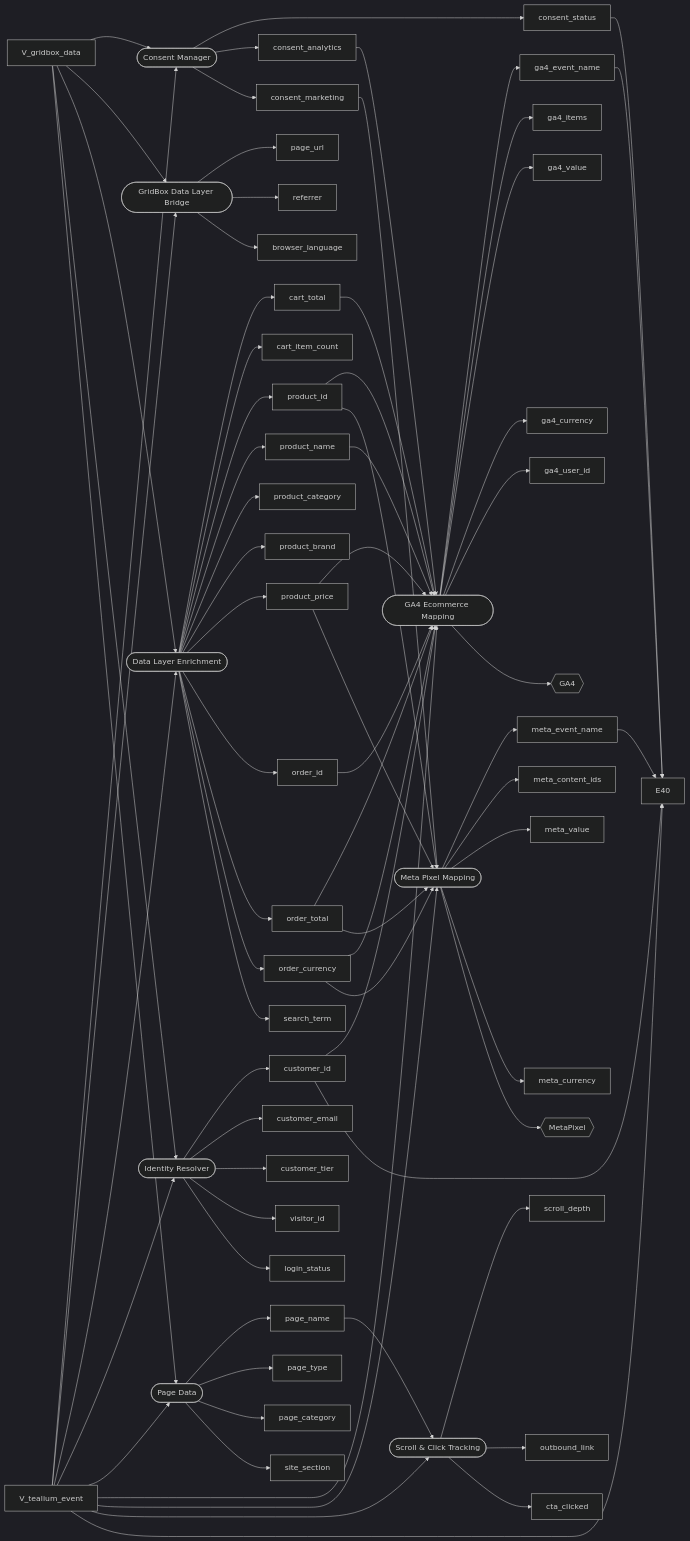
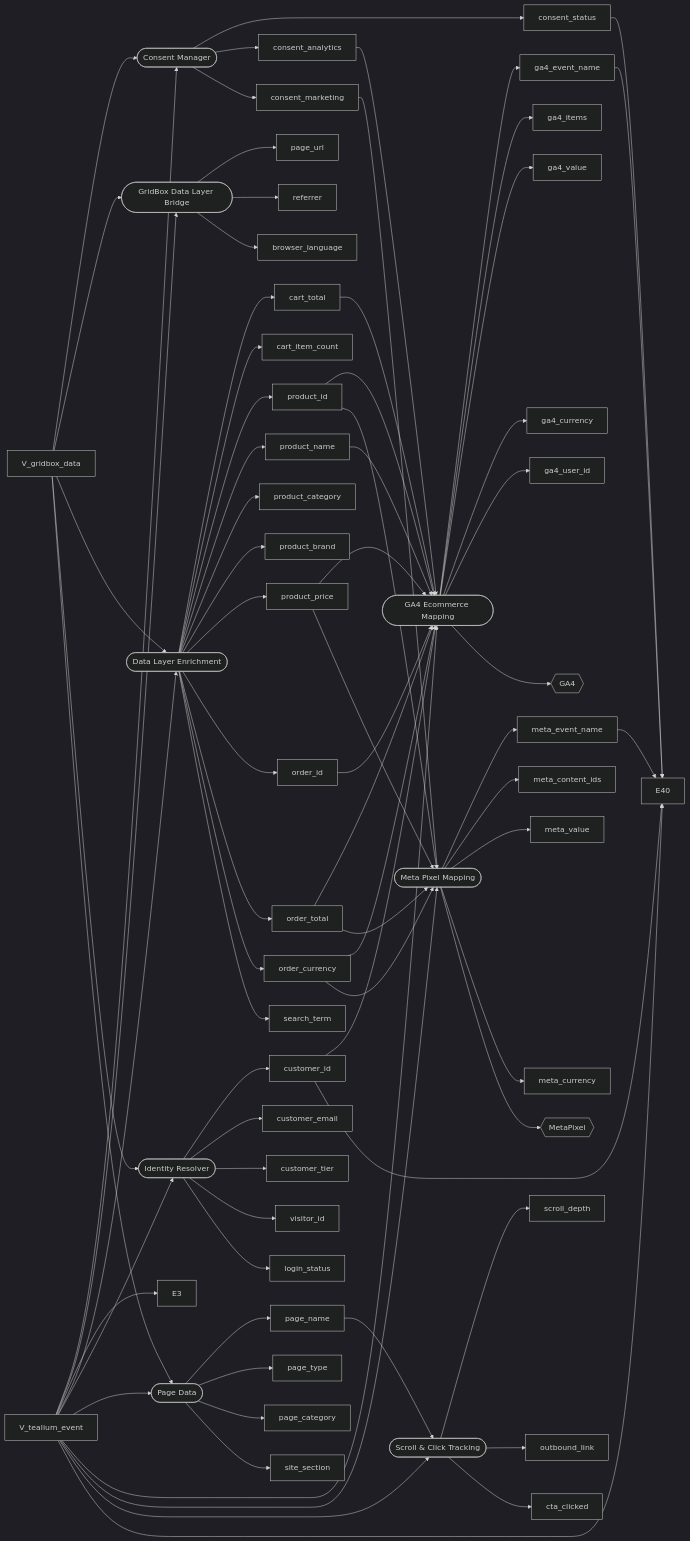
One commit to Mr-orchestrator/tealium-extensions changed the diagram in docs/dependency-map.md. Above: the diagram before and after it, drawn with Mermaid (dark theme). The commit also changed other lines of this file and 8 other files, not shown here.

````diff
--- a/docs/dependency-map.md
+++ b/docs/dependency-map.md
@@ -6,76 +6,77 @@
 ```mermaid
 graph LR
   E1(["Consent Manager"]) --> V_consent_status["consent_status"]
   E1(["Consent Manager"]) --> V_consent_analytics["consent_analytics"]
   E1(["Consent Manager"]) --> V_consent_marketing["consent_marketing"]
   V_gridbox_data --> E1
   V_tealium_event --> E1
   E2(["GridBox Data Layer Bridge"]) --> V_page_url["page_url"]
   E2(["GridBox Data Layer Bridge"]) --> V_referrer["referrer"]
   E2(["GridBox Data Layer Bridge"]) --> V_browser_language["browser_language"]
   V_gridbox_data --> E2
   V_tealium_event --> E2
+  V_tealium_event --> E3
   E10(["Data Layer Enrichment"]) --> V_cart_total["cart_total"]
   E10(["Data Layer Enrichment"]) --> V_cart_item_count["cart_item_count"]
   E10(["Data Layer Enrichment"]) --> V_product_id["product_id"]
   E10(["Data Layer Enrichment"]) --> V_product_name["product_name"]
   E10(["Data Layer Enrichment"]) --> V_product_category["product_category"]
   E10(["Data Layer Enrichment"]) --> V_product_brand["product_brand"]
   E10(["Data Layer Enrichment"]) --> V_product_price["product_price"]
   E10(["Data Layer Enrichment"]) --> V_order_id["order_id"]
   E10(["Data Layer Enrichment"]) --> V_order_total["order_total"]
   E10(["Data Layer Enrichment"]) --> V_order_currency["order_currency"]
   E10(["Data Layer Enrichment"]) --> V_search_term["search_term"]
   V_gridbox_data --> E10
   V_tealium_event --> E10
   E11(["Identity Resolver"]) --> V_customer_id["customer_id"]
   E11(["Identity Resolver"]) --> V_customer_email["customer_email"]
   E11(["Identity Resolver"]) --> V_customer_tier["customer_tier"]
   E11(["Identity Resolver"]) --> V_visitor_id["visitor_id"]
   E11(["Identity Resolver"]) --> V_login_status["login_status"]
   V_gridbox_data --> E11
   V_tealium_event --> E11
   E12(["Page Data"]) --> V_page_name["page_name"]
   E12(["Page Data"]) --> V_page_type["page_type"]
   E12(["Page Data"]) --> V_page_category["page_category"]
   E12(["Page Data"]) --> V_site_section["site_section"]
   V_gridbox_data --> E12
   V_tealium_event --> E12
   E20(["GA4 Ecommerce Mapping"]) --> V_ga4_event_name["ga4_event_name"]
   E20(["GA4 Ecommerce Mapping"]) --> V_ga4_items["ga4_items"]
   E20(["GA4 Ecommerce Mapping"]) --> V_ga4_value["ga4_value"]
   E20(["GA4 Ecommerce Mapping"]) --> V_ga4_currency["ga4_currency"]
   E20(["GA4 Ecommerce Mapping"]) --> V_ga4_user_id["ga4_user_id"]
   V_consent_analytics --> E20
   V_customer_id --> E20
   V_product_id --> E20
   V_product_name --> E20
   V_product_price --> E20
   V_cart_total --> E20
   V_order_id --> E20
   V_order_total --> E20
   V_order_currency --> E20
   V_tealium_event --> E20
   E20 --> T_GA4{{"GA4"}}
   E22(["Meta Pixel Mapping"]) --> V_meta_event_name["meta_event_name"]
   E22(["Meta Pixel Mapping"]) --> V_meta_content_ids["meta_content_ids"]
   E22(["Meta Pixel Mapping"]) --> V_meta_value["meta_value"]
   E22(["Meta Pixel Mapping"]) --> V_meta_currency["meta_currency"]
   V_consent_marketing --> E22
   V_product_id --> E22
   V_product_price --> E22
   V_order_total --> E22
   V_order_currency --> E22
   V_tealium_event --> E22
   E22 --> T_MetaPixel{{"MetaPixel"}}
   E30(["Scroll & Click Tracking"]) --> V_scroll_depth["scroll_depth"]
   E30(["Scroll & Click Tracking"]) --> V_outbound_link["outbound_link"]
   E30(["Scroll & Click Tracking"]) --> V_cta_clicked["cta_clicked"]
   V_page_name --> E30
   V_tealium_event --> E30
   V_consent_status --> E40
   V_customer_id --> E40
   V_ga4_event_name --> E40
   V_meta_event_name --> E40
   V_tealium_event --> E40
 ```
````
